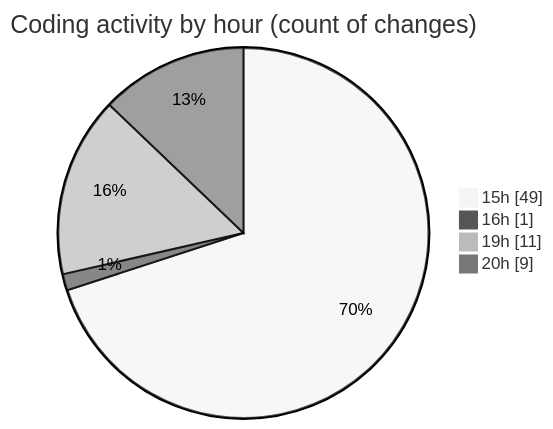
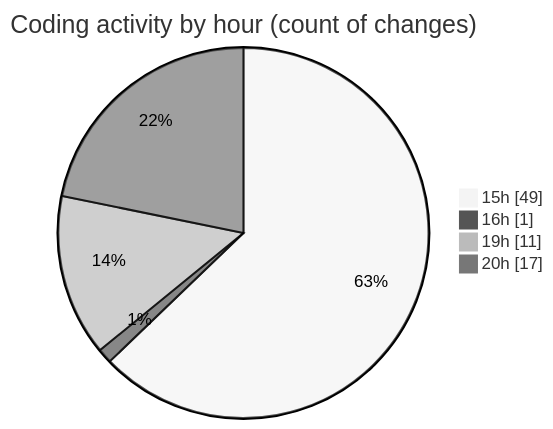
One commit to Elitesun/code-tracking changed the second of 2 diagrams in 2025-04-07/sungpt/README.md. Above: the diagram before and after it, drawn with Mermaid (neutral theme). The commit also changed other lines of this file and 1 other file, not shown here.

````diff
--- a/2025-04-07/sungpt/README.md
+++ b/2025-04-07/sungpt/README.md
@@ -37,8 +37,8 @@
 ```mermaid
 pie showData
 title Coding activity by hour (count of changes)
 "15h" : 49
 "16h" : 1
 "19h" : 11
-"20h" : 9
+"20h" : 17
 ```
````
